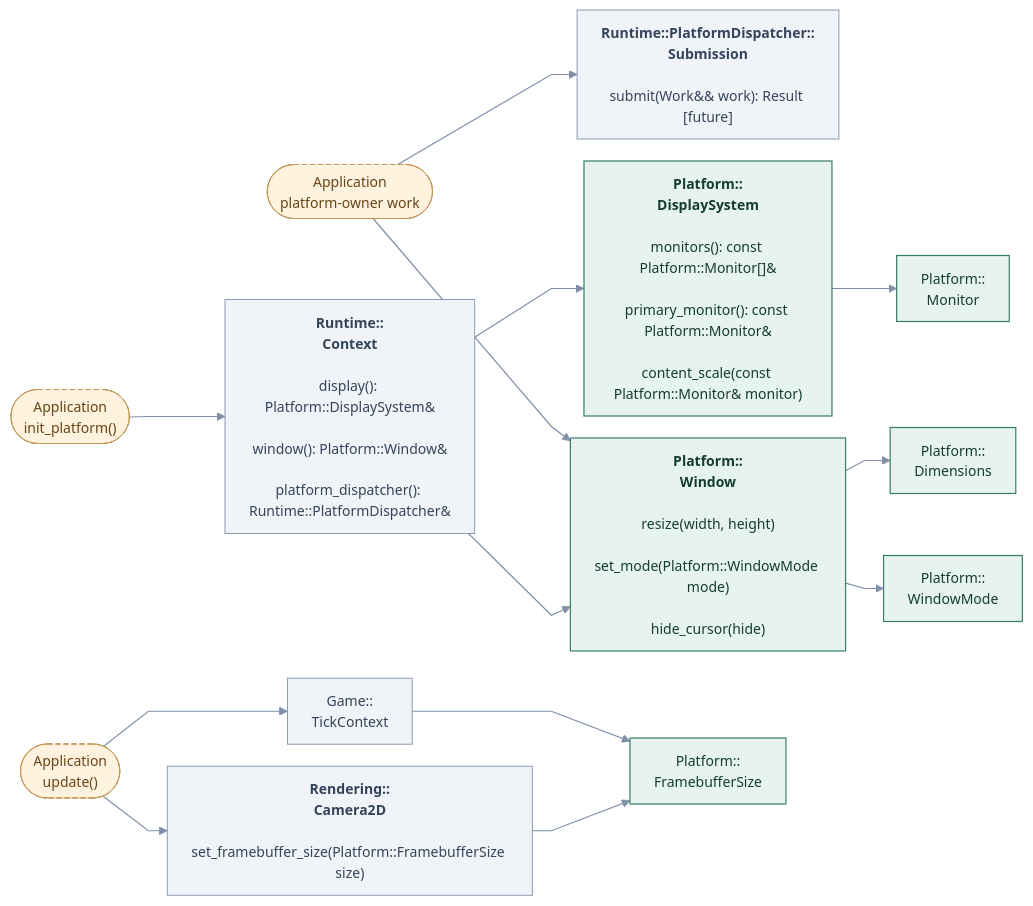
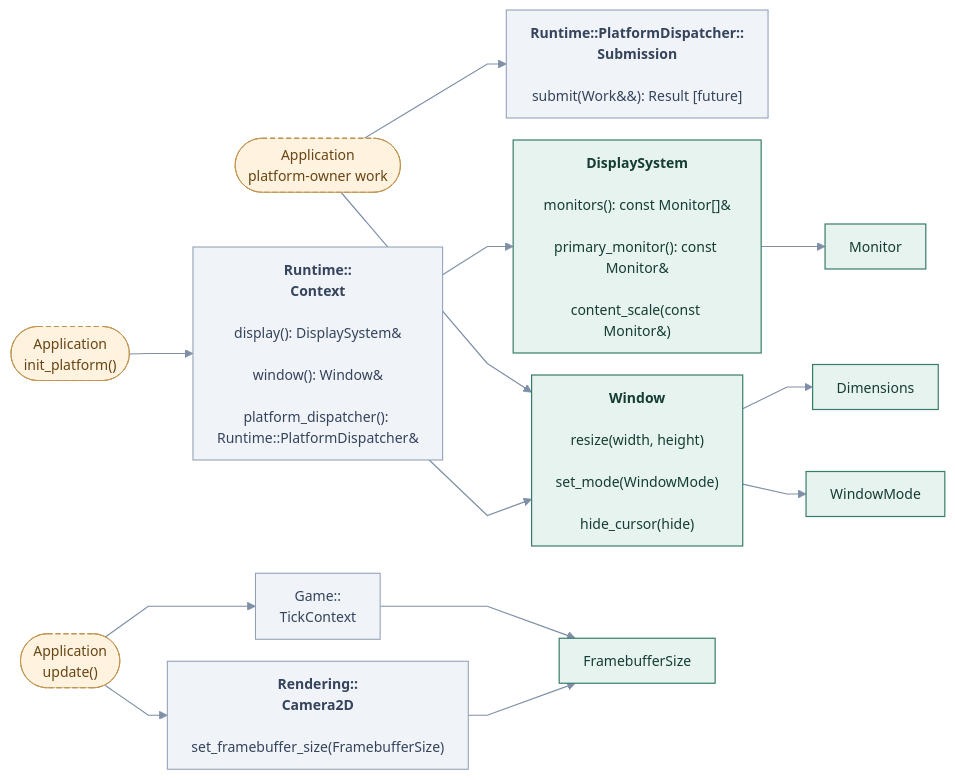
The diagram in docs/site/engine-systems/diagrams/display-application.mmd (cppcooper/cheryl-engine), drawn with Mermaid before and after one commit. The commit also changed 54 other files, not shown here.

First line of the commit message:
Simplifies signatures and namespace labels across subsystem diagrams

```diff
--- a/docs/site/engine-systems/diagrams/display-application.mmd
+++ b/docs/site/engine-systems/diagrams/display-application.mmd
@@ -1,46 +1,46 @@
 ---
 config:
   theme: base
   themeVariables:
     fontFamily: system-ui, sans-serif
     fontSize: 14px
   flowchart:
     htmlLabels: true
     curve: linear
     nodeSpacing: 22
     rankSpacing: 38
     padding: 12
 ---
 flowchart LR
     accTitle: Display · application access
-    accDescr: Arrows point toward the API or type used, not call order or data flow. Methods beneath type names are selected application entry points; Implement hooks marks engine-invoked overrides. Dashed arrows mark optional choices.
+    accDescr: Local names omit Platform::; ambiguous nested namespaces remain qualified. Local names omit Platform::; ambiguous nested namespaces remain qualified. Arrows point toward the API or type used, not call order or data flow. Methods beneath type names are selected application entry points; Implement hooks marks engine-invoked overrides. Dashed arrows mark optional choices.
     k0(["Application<br/>init_platform()"]):::app
-    k1["<b>Runtime::<br/>Context</b><br/><br/>display(): Platform::DisplaySystem&amp;<br/><br/>window(): Platform::Window&amp;<br/><br/>platform_dispatcher(): Runtime::PlatformDispatcher&amp;"]:::neighbor
+    k1["<b>Runtime::<br/>Context</b><br/><br/>display(): DisplaySystem&amp;<br/><br/>window(): Window&amp;<br/><br/>platform_dispatcher(): Runtime::PlatformDispatcher&amp;"]:::neighbor
     k2(["Application<br/>platform-owner work"]):::app
-    k3["<b>Runtime::PlatformDispatcher::<br/>Submission</b><br/><br/>submit(Work&amp;&amp; work): Result [future]"]:::neighbor
-    k4["<b>Platform::<br/>Window</b><br/><br/>resize(width, height)<br/><br/>set_mode(Platform::WindowMode mode)<br/><br/>hide_cursor(hide)"]:::focal
-    k5["<b>Platform::<br/>DisplaySystem</b><br/><br/>monitors(): const Platform::Monitor[]&amp;<br/><br/>primary_monitor(): const Platform::Monitor&amp;<br/><br/>content_scale(const Platform::Monitor&amp; monitor)"]:::focal
-    k6["Platform::<br/>Monitor"]:::focal
-    k7["Platform::<br/>Dimensions"]:::focal
-    k8["Platform::<br/>WindowMode"]:::focal
+    k3["<b>Runtime::PlatformDispatcher::<br/>Submission</b><br/><br/>submit(Work&amp;&amp;): Result [future]"]:::neighbor
+    k4["<b>Window</b><br/><br/>resize(width, height)<br/><br/>set_mode(WindowMode)<br/><br/>hide_cursor(hide)"]:::focal
+    k5["<b>DisplaySystem</b><br/><br/>monitors(): const Monitor[]&amp;<br/><br/>primary_monitor(): const Monitor&amp;<br/><br/>content_scale(const Monitor&amp;)"]:::focal
+    k6["Monitor"]:::focal
+    k7["Dimensions"]:::focal
+    k8["WindowMode"]:::focal
     k9(["Application<br/>update()"]):::app
     k10["Game::<br/>TickContext"]:::neighbor
-    k11["Platform::<br/>FramebufferSize"]:::focal
-    k12["<b>Rendering::<br/>Camera2D</b><br/><br/>set_framebuffer_size(Platform::FramebufferSize size)"]:::neighbor
+    k11["FramebufferSize"]:::focal
+    k12["<b>Rendering::<br/>Camera2D</b><br/><br/>set_framebuffer_size(FramebufferSize)"]:::neighbor
     k0 --> k1
     k2 --> k3
     k2 --> k4
     k1 --> k5
     k1 --> k4
     k5 --> k6
     k4 --> k7
     k4 --> k8
     k9 --> k10
     k10 --> k11
     k9 --> k12
     k12 --> k11
     classDef focal fill:#e7f3ef,stroke:#387d6b,color:#153d33,stroke-width:1.2px
     classDef neighbor fill:#f0f3f8,stroke:#8c9bb1,color:#35445b,stroke-width:1px
     classDef app fill:#fff2df,stroke:#c09452,color:#674515,stroke-dasharray:5 3
     classDef system fill:#eaf0fc,stroke:#617fab,color:#263f69,stroke-width:1.2px
     linkStyle default stroke:#7e8fa7,stroke-width:1.2px
```
